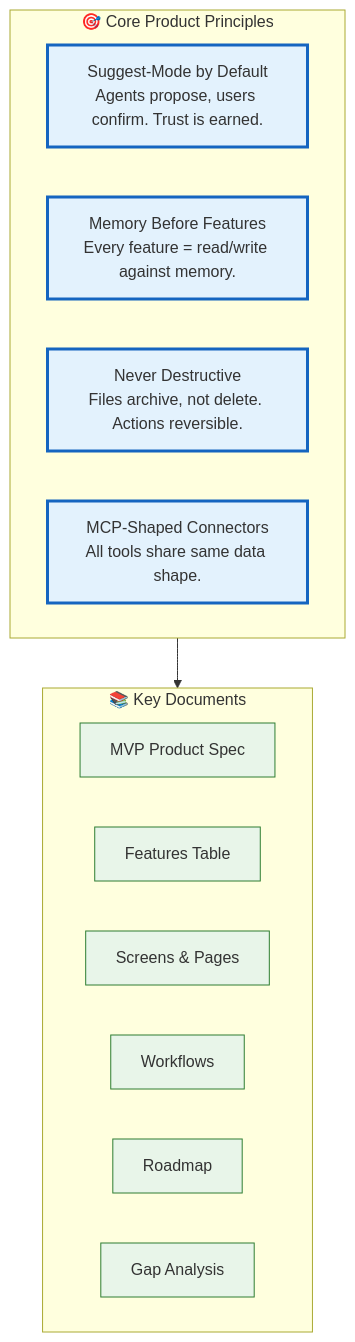
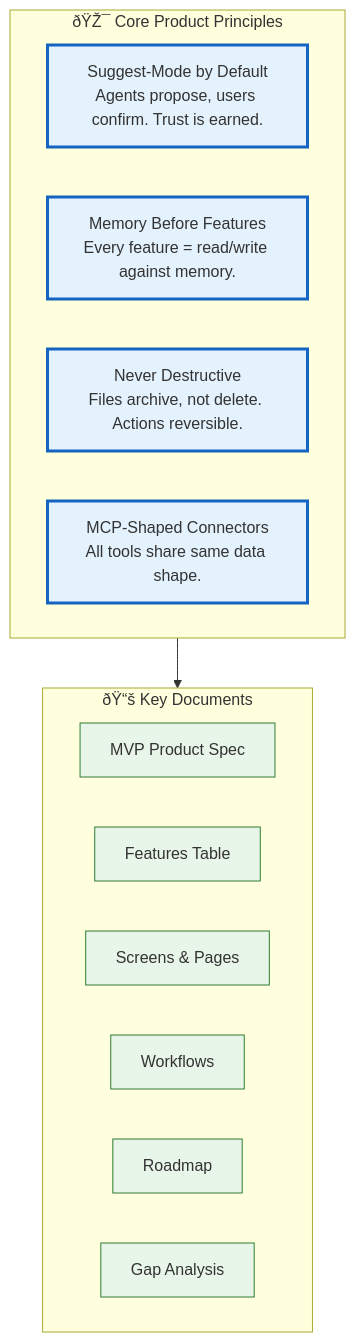
Before and after one commit to Driftloom/Vaeloom: the diagram in Docs/Product/README.md, drawn with Mermaid. The commit also changed other lines of this file and 249 other files, not shown here.

````diff
--- a/Docs/Product/README.md
+++ b/Docs/Product/README.md
@@ -27,26 +27,26 @@
 ```mermaid
 graph TD
-    subgraph Principles["🎯 Core Product Principles"]
+    subgraph Principles["ðŸŽ¯ Core Product Principles"]
         P1["Suggest-Mode by Default<br/>Agents propose, users confirm. Trust is earned."]
         P2["Memory Before Features<br/>Every feature = read/write against memory."]
         P3["Never Destructive<br/>Files archive, not delete. Actions reversible."]
         P4["MCP-Shaped Connectors<br/>All tools share same data shape."]
     end
 
-    subgraph Docs["📚 Key Documents"]
+    subgraph Docs["ðŸ“š Key Documents"]
         D1["MVP Product Spec"]
         D2["Features Table"]
         D3["Screens & Pages"]
         D4["Workflows"]
         D5["Roadmap"]
         D6["Gap Analysis"]
     end
 
     Principles --> Docs
 
     classDef principles fill:#e3f2fd,stroke:#1565c0,stroke-width:3px
     classDef docs fill:#e8f5e9,stroke:#2e7d32
 
     class P1,P2,P3,P4 principles
     class D1,D2,D3,D4,D5,D6 docs
 ```
````
